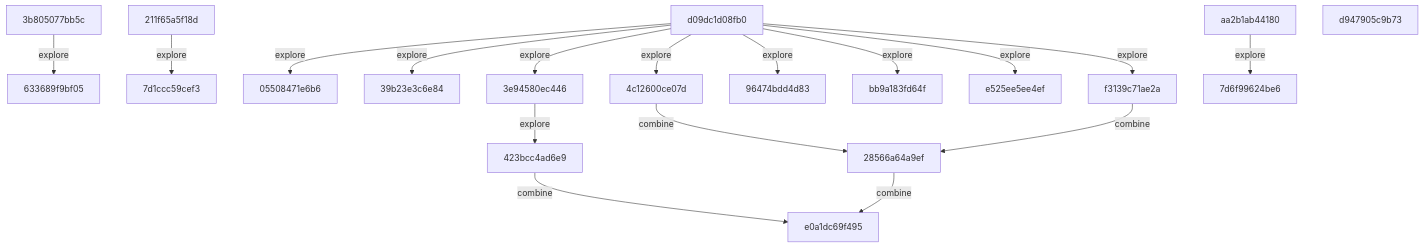
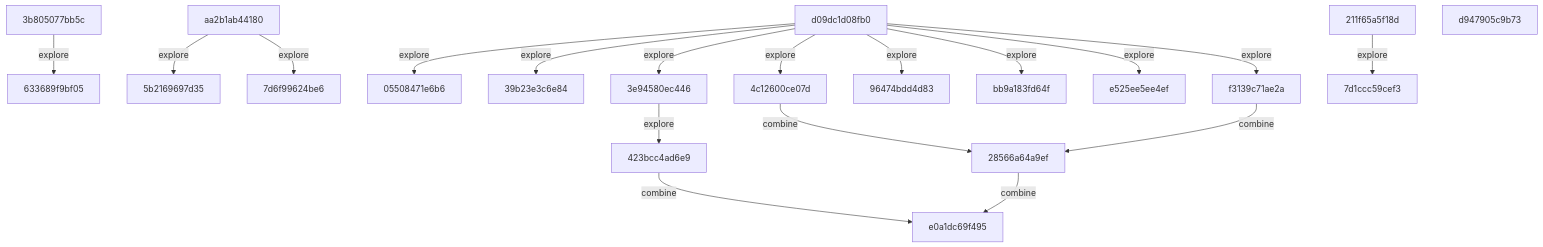
The diagram in README.md (timbtz/feyer-search-lab), drawn with Mermaid before and after one commit. The commit also changed other lines of this file and 1 other file, not shown here.

Commit message:
research: timbtz

````diff
--- a/README.md
+++ b/README.md
@@ -23,38 +23,40 @@
 ```mermaid
 graph TD
   c0["05508471e6b6"]
   c1["211f65a5f18d"]
   c2["28566a64a9ef"]
   c3["39b23e3c6e84"]
   c4["3b805077bb5c"]
   c5["3e94580ec446"]
   c6["423bcc4ad6e9"]
   c7["4c12600ce07d"]
-  c8["633689f9bf05"]
-  c9["7d1ccc59cef3"]
-  c10["7d6f99624be6"]
-  c11["96474bdd4d83"]
-  c12["aa2b1ab44180"]
-  c13["bb9a183fd64f"]
-  c14["d09dc1d08fb0"]
-  c15["d947905c9b73"]
-  c16["e0a1dc69f495"]
-  c17["e525ee5ee4ef"]
-  c18["f3139c71ae2a"]
-  c1 -->|explore| c9
-  c2 -->|combine| c16
-  c4 -->|explore| c8
+  c8["5b2169697d35"]
+  c9["633689f9bf05"]
+  c10["7d1ccc59cef3"]
+  c11["7d6f99624be6"]
+  c12["96474bdd4d83"]
+  c13["aa2b1ab44180"]
+  c14["bb9a183fd64f"]
+  c15["d09dc1d08fb0"]
+  c16["d947905c9b73"]
+  c17["e0a1dc69f495"]
+  c18["e525ee5ee4ef"]
+  c19["f3139c71ae2a"]
+  c1 -->|explore| c10
+  c2 -->|combine| c17
+  c4 -->|explore| c9
   c5 -->|explore| c6
-  c6 -->|combine| c16
+  c6 -->|combine| c17
   c7 -->|combine| c2
-  c12 -->|explore| c10
-  c14 -->|explore| c0
-  c14 -->|explore| c3
-  c14 -->|explore| c5
-  c14 -->|explore| c7
-  c14 -->|explore| c11
-  c14 -->|explore| c13
-  c14 -->|explore| c17
-  c14 -->|explore| c18
-  c18 -->|combine| c2
+  c13 -->|explore| c8
+  c13 -->|explore| c11
+  c15 -->|explore| c0
+  c15 -->|explore| c3
+  c15 -->|explore| c5
+  c15 -->|explore| c7
+  c15 -->|explore| c12
+  c15 -->|explore| c14
+  c15 -->|explore| c18
+  c15 -->|explore| c19
+  c19 -->|combine| c2
 ```
````
